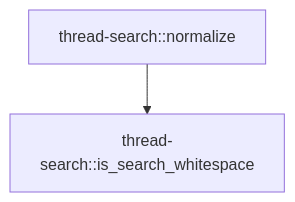
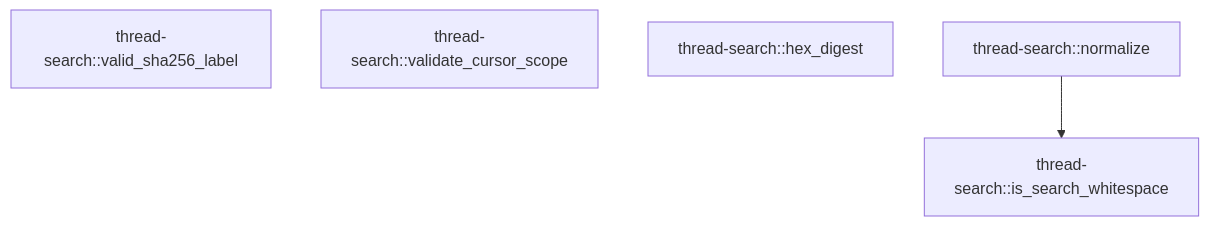
Before and after one commit to TekesApps/TekesKernel: the second of 2 diagrams in crates/thread-search/docs/generated/src--lib.md, drawn with Mermaid. The commit also changed other lines of this file and 125 other files, not shown here.

````diff
--- a/crates/thread-search/docs/generated/src--lib.md
+++ b/crates/thread-search/docs/generated/src--lib.md
@@ -162,6 +172,9 @@
 ```mermaid
 flowchart TD
-  n0["thread-search::normalize"]
-  n1["thread-search::is_search_whitespace"]
-  n0 --> n1
+  n0["thread-search::valid_sha256_label"]
+  n1["thread-search::validate_cursor_scope"]
+  n2["thread-search::hex_digest"]
+  n3["thread-search::normalize"]
+  n4["thread-search::is_search_whitespace"]
+  n3 --> n4
 ```
````
